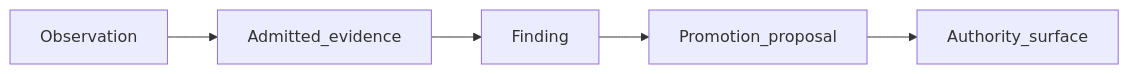
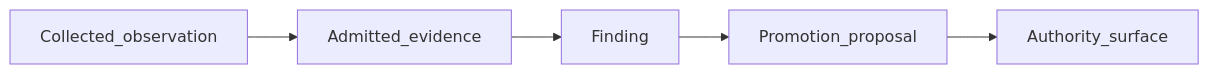
One commit to egallmann/ste-handbook changed the second of 2 diagrams in 14-research/14-04-research-apparatus.md. Above: the diagram before and after it, drawn with Mermaid. The commit also changed other lines of this file and 9 other files, not shown here.

````diff
--- a/14-research/14-04-research-apparatus.md
+++ b/14-research/14-04-research-apparatus.md
@@ -63,13 +74,13 @@
 ```mermaid
 flowchart LR
-  Obs[Observation]
+  Obs[Collected_observation]
   Adm[Admitted_evidence]
   Find[Finding]
   Prop[Promotion_proposal]
   Auth[Authority_surface]
 
   Obs --> Adm
   Adm --> Find
   Find --> Prop
   Prop --> Auth
 ```
````
